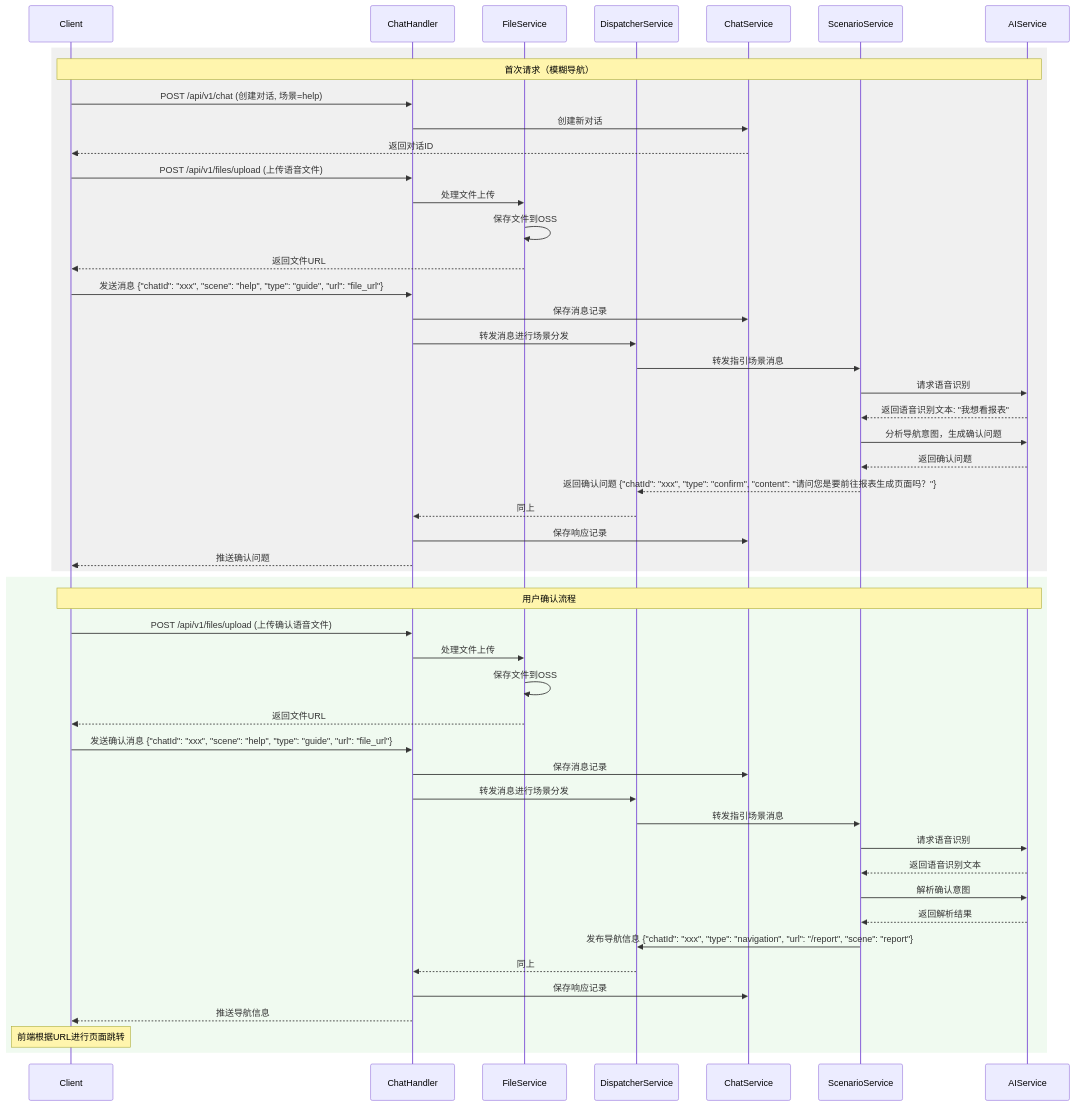
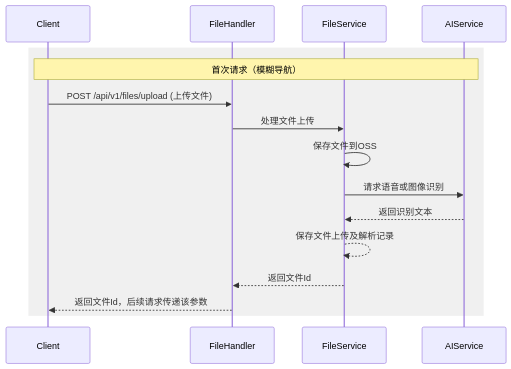
One commit to hanhzf/aiops changed the first of 7 diagrams in ai-coding/output/应用软件交互时序图.md. Above: the diagram before and after it, drawn with Mermaid. The commit also changed other lines of this file and 6 other files, not shown here.

Commit message:
update er

````diff
--- a/ai-coding/output/应用软件交互时序图.md
+++ b/ai-coding/output/应用软件交互时序图.md
@@ -8,59 +7,22 @@
 ```mermaid
 sequenceDiagram
     participant Client
-    participant ChatHandler
+    participant FileHandler
     participant FileService
-    participant DispatcherService
-    participant ChatService
-    participant ScenarioService
     participant AIService
 
     %% 第一次语音文件上传流程（首页导航请求）
     rect rgb(240, 240, 240)
         Note over Client,AIService: 首次请求（模糊导航）
-        Client->>ChatHandler: POST /api/v1/chat (创建对话, 场景=help)
-        ChatHandler->>ChatService: 创建新对话
-        ChatService-->>Client: 返回对话ID
         
-        Client->>ChatHandler: POST /api/v1/files/upload (上传语音文件)
-        ChatHandler->>FileService: 处理文件上传
+        Client->>FileHandler: POST /api/v1/files/upload (上传文件)
+        FileHandler->>FileService: 处理文件上传
         FileService->>FileService: 保存文件到OSS
-        FileService-->>Client: 返回文件URL
         
-        Client->>ChatHandler: 发送消息 {"chatId": "xxx", "scene": "help", "type": "guide", "url": "file_url"}
-        ChatHandler->>ChatService: 保存消息记录
-        ChatHandler->>DispatcherService: 转发消息进行场景分发
-        DispatcherService->>ScenarioService: 转发指引场景消息
-        ScenarioService->>AIService: 请求语音识别
-        AIService-->>ScenarioService: 返回语音识别文本: "我想看报表"
-        ScenarioService->>AIService: 分析导航意图，生成确认问题
-        AIService-->>ScenarioService: 返回确认问题
-        ScenarioService-->>DispatcherService: 返回确认问题 {"chatId": "xxx", "type": "confirm", "content": "请问您是要前往报表生成页面吗？"}
-        DispatcherService-->>ChatHandler: 同上
-        ChatHandler->>ChatService: 保存响应记录
-        ChatHandler-->>Client: 推送确认问题
-    end
-
-    %% 用户确认流程
-    rect rgb(240, 250, 240)
-        Note over Client,AIService: 用户确认流程
-        Client->>ChatHandler: POST /api/v1/files/upload (上传确认语音文件)
-        ChatHandler->>FileService: 处理文件上传
-        FileService->>FileService: 保存文件到OSS
-        FileService-->>Client: 返回文件URL
-        
-        Client->>ChatHandler: 发送确认消息 {"chatId": "xxx", "scene": "help", "type": "guide", "url": "file_url"}
-        ChatHandler->>ChatService: 保存消息记录
-        ChatHandler->>DispatcherService: 转发消息进行场景分发
-        DispatcherService->>ScenarioService: 转发指引场景消息
-        ScenarioService->>AIService: 请求语音识别
-        AIService-->>ScenarioService: 返回语音识别文本
-        ScenarioService->>AIService: 解析确认意图
-        AIService-->>ScenarioService: 返回解析结果
-        ScenarioService->>DispatcherService: 发布导航信息 {"chatId": "xxx", "type": "navigation", "url": "/report", "scene": "report"}
-        DispatcherService-->>ChatHandler: 同上
-        ChatHandler->>ChatService: 保存响应记录
-        ChatHandler-->>Client: 推送导航信息
-        Note over Client: 前端根据URL进行页面跳转
+        FileService->>AIService: 请求语音或图像识别
+        AIService-->>FileService: 返回识别文本
+        FileService-->>FileService: 保存文件上传及解析记录
+        FileService-->>FileHandler: 返回文件Id
+        FileHandler-->>Client: 返回文件Id，后续请求传递该参数
     end
 ```
````
